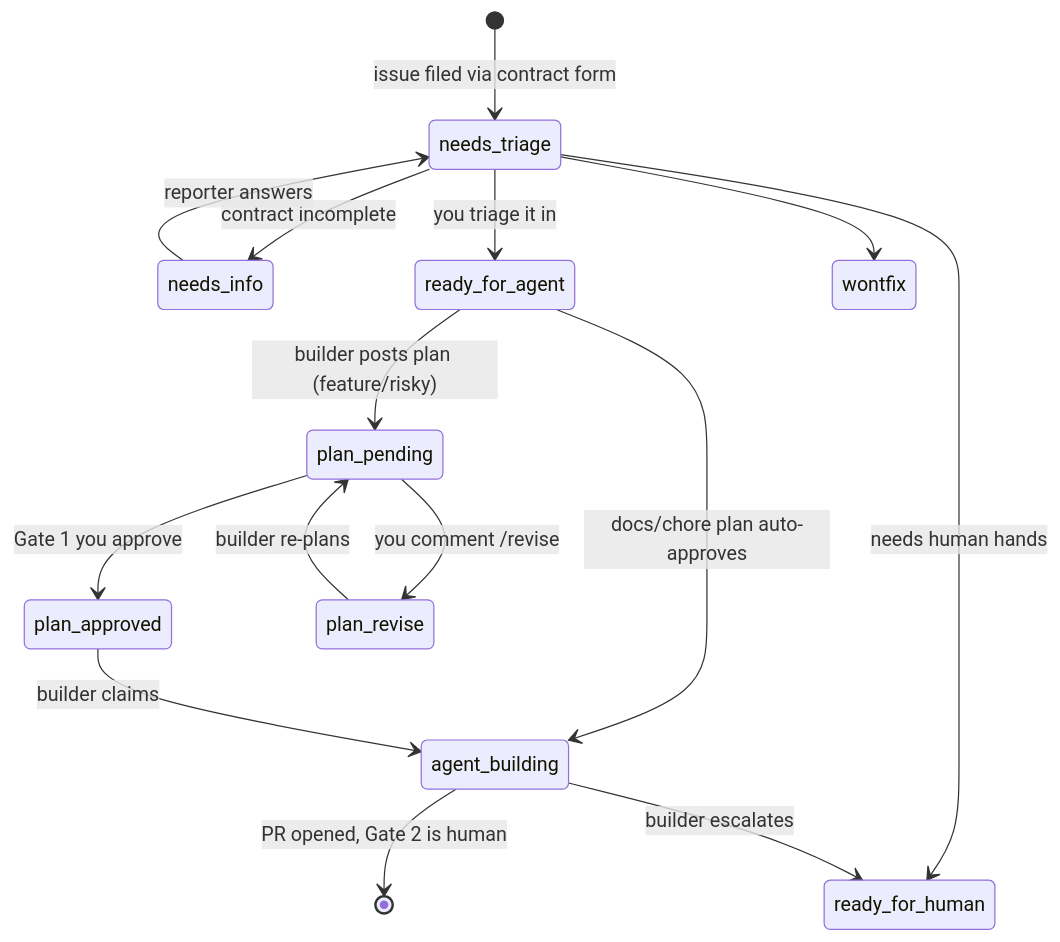
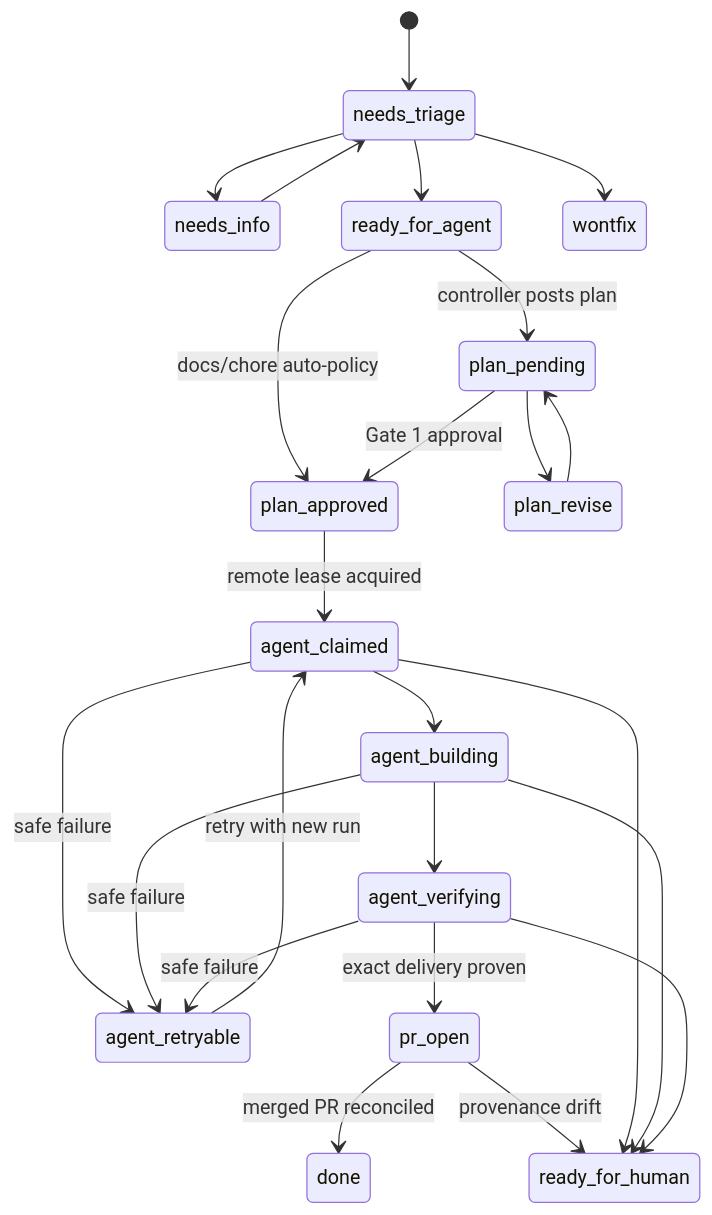
Before and after one commit to vscarpenter/claude-code-build-system: the second of 2 diagrams in docs/architecture.md, drawn with Mermaid. The commit also changed other lines of this file and 43 other files, not shown here.

````diff
--- a/docs/architecture.md
+++ b/docs/architecture.md
@@ -18,17 +40,26 @@
 ```mermaid
 stateDiagram-v2
-    [*] --> needs_triage: issue filed via contract form
-    needs_triage --> needs_info: contract incomplete
-    needs_info --> needs_triage: reporter answers
-    needs_triage --> ready_for_agent: you triage it in
+    [*] --> needs_triage
+    needs_triage --> needs_info
+    needs_info --> needs_triage
+    needs_triage --> ready_for_agent
     needs_triage --> wontfix
-    ready_for_agent --> plan_pending: builder posts plan (feature/risky)
-    ready_for_agent --> agent_building: docs/chore plan auto-approves
-    plan_pending --> plan_approved: Gate 1 you approve
-    plan_pending --> plan_revise: you comment /revise
-    plan_revise --> plan_pending: builder re-plans
-    plan_approved --> agent_building: builder claims
-    agent_building --> [*]: PR opened, Gate 2 is human
-    needs_triage --> ready_for_human: needs human hands
-    agent_building --> ready_for_human: builder escalates
+    ready_for_agent --> plan_pending: controller posts plan
+    ready_for_agent --> plan_approved: docs/chore auto-policy
+    plan_pending --> plan_approved: Gate 1 approval
+    plan_pending --> plan_revise
+    plan_revise --> plan_pending
+    plan_approved --> agent_claimed: remote lease acquired
+    agent_retryable --> agent_claimed: retry with new run
+    agent_claimed --> agent_building
+    agent_building --> agent_verifying
+    agent_verifying --> pr_open: exact delivery proven
+    agent_claimed --> agent_retryable: safe failure
+    agent_building --> agent_retryable: safe failure
+    agent_verifying --> agent_retryable: safe failure
+    pr_open --> done: merged PR reconciled
+    pr_open --> ready_for_human: provenance drift
+    agent_claimed --> ready_for_human
+    agent_building --> ready_for_human
+    agent_verifying --> ready_for_human
 ```
````
